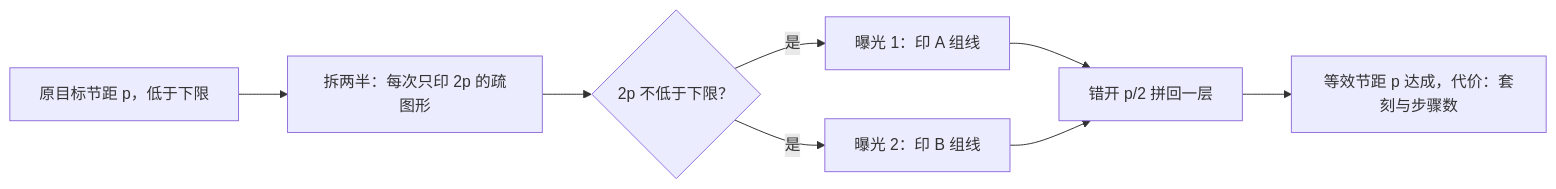
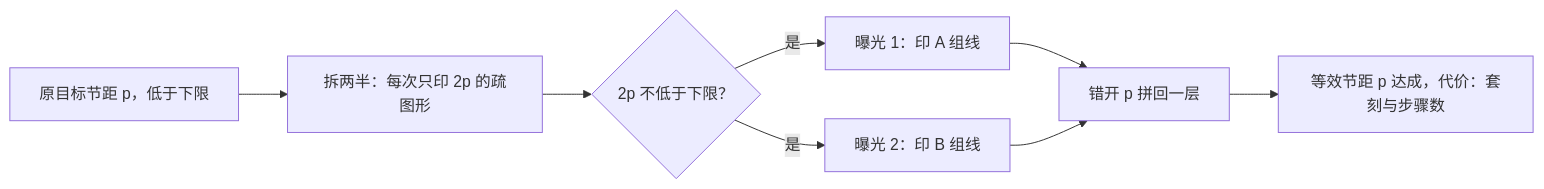
Before and after one commit to xhongduo-tech/xhongduo-tech.github.io: the second of 2 diagrams in docs/litho/single-expose-limit.md, drawn with Mermaid. The commit also changed other lines of this file and 5 other files, not shown here.

````diff
--- a/docs/litho/single-expose-limit.md
+++ b/docs/litho/single-expose-limit.md
@@ -57,10 +57,10 @@
 ```mermaid
 flowchart LR
   T["原目标节距 p，低于下限"] --> H["拆两半：每次只印 2p 的疏图形"]
   H --> C1{"2p 不低于下限？"}
   C1 -->|"是"| E1["曝光 1：印 A 组线"]
   C1 -->|"是"| E2["曝光 2：印 B 组线"]
-  E1 --> O["错开 p/2 拼回一层"]
+  E1 --> O["错开 p 拼回一层"]
   E2 --> O
   O --> R["等效节距 p 达成，代价：套刻与步骤数"]
 ```
````
